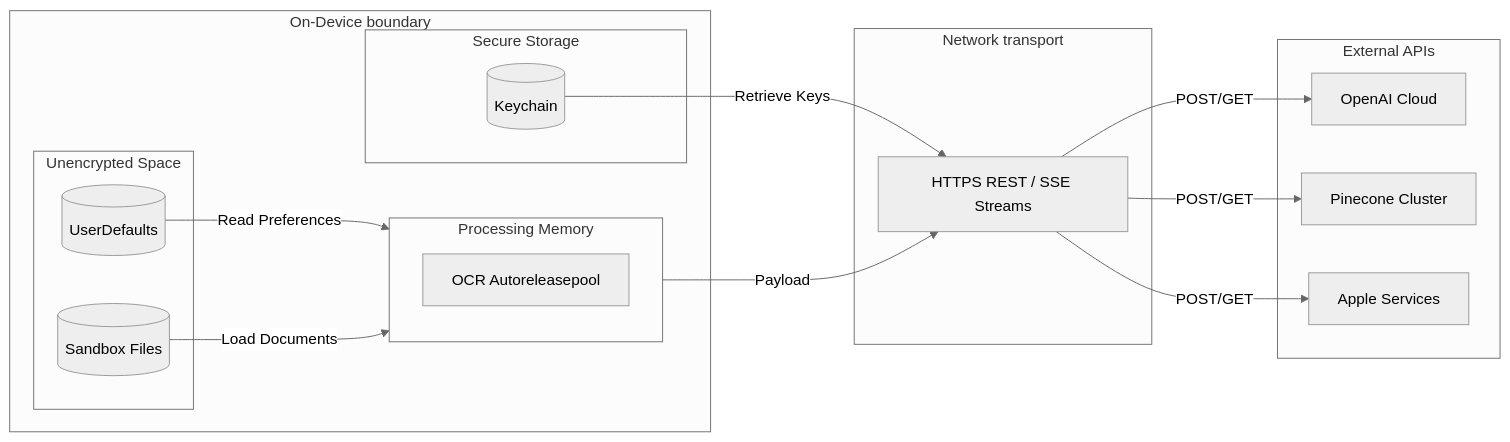
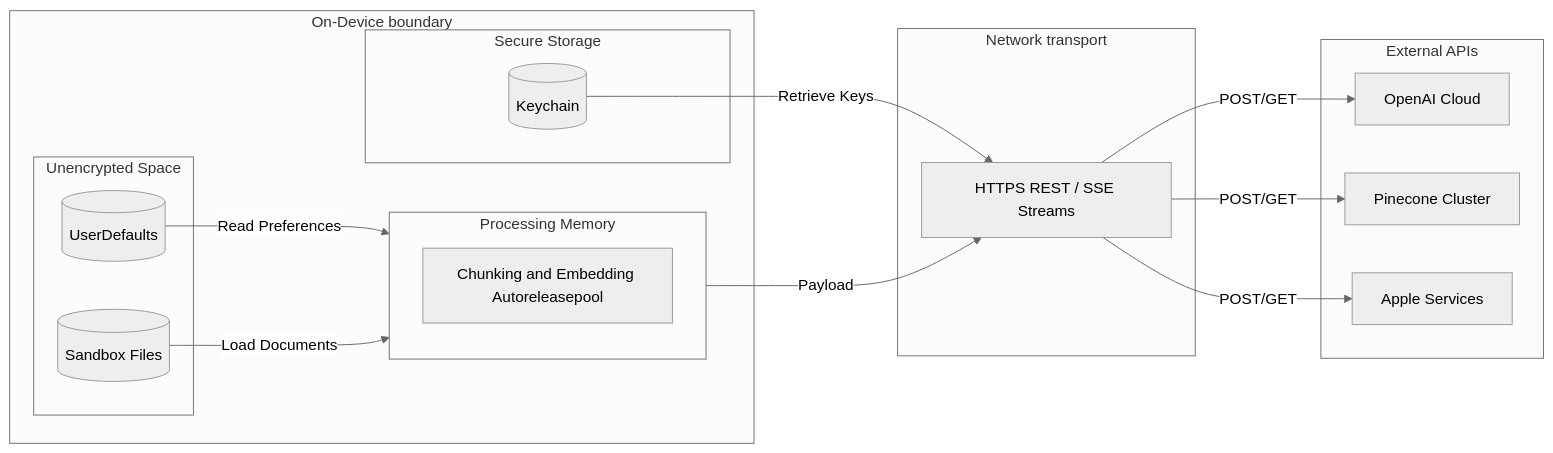
The fourth of 4 diagrams in README.md (Gunnarguy/OpenCone), drawn with Mermaid (neutral theme) before and after one commit. The commit also changed other lines of this file and 10 other files, not shown here.

````diff
--- a/README.md
+++ b/README.md
@@ -145,32 +145,32 @@
 ```mermaid
 flowchart LR
     subgraph LocalDevice["On-Device boundary"]
         subgraph SafeStorage["Secure Storage"]
             KC[(Keychain)]
         end
         subgraph PlainStorage["Unencrypted Space"]
             UD[(UserDefaults)]
             SB[(Sandbox Files)]
         end
         subgraph LogicMemory["Processing Memory"]
-            MEM[OCR Autoreleasepool]
+            MEM[Chunking and Embedding Autoreleasepool]
         end
     end
 
     subgraph Net["Network transport"]
         HTTPS[HTTPS REST / SSE Streams]
     end
 
     subgraph Cloud["External APIs"]
         OAI[OpenAI Cloud]
         PCN[Pinecone Cluster]
         APL[Apple Services]
     end
 
     %% Flows
     KC -->|Retrieve Keys| HTTPS
     UD -->|Read Preferences| LogicMemory
     SB -->|Load Documents| LogicMemory
     LogicMemory -->|Payload| HTTPS
     HTTPS -->|POST/GET| OAI & PCN & APL
 ```
````
